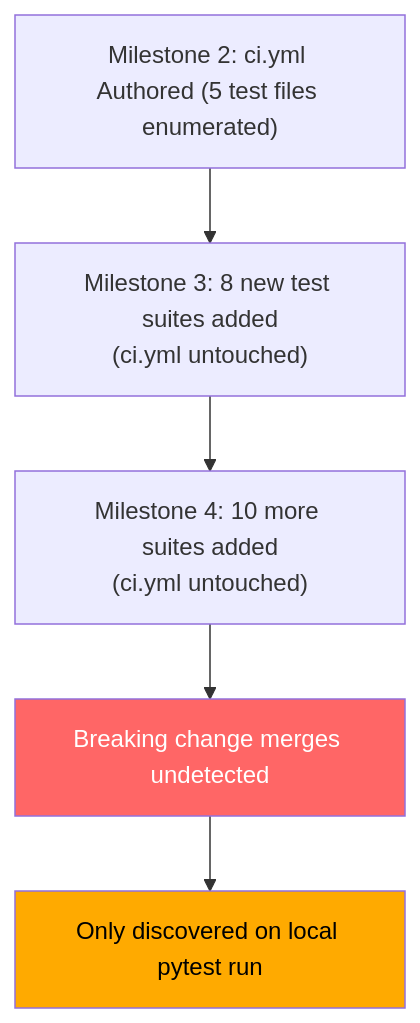
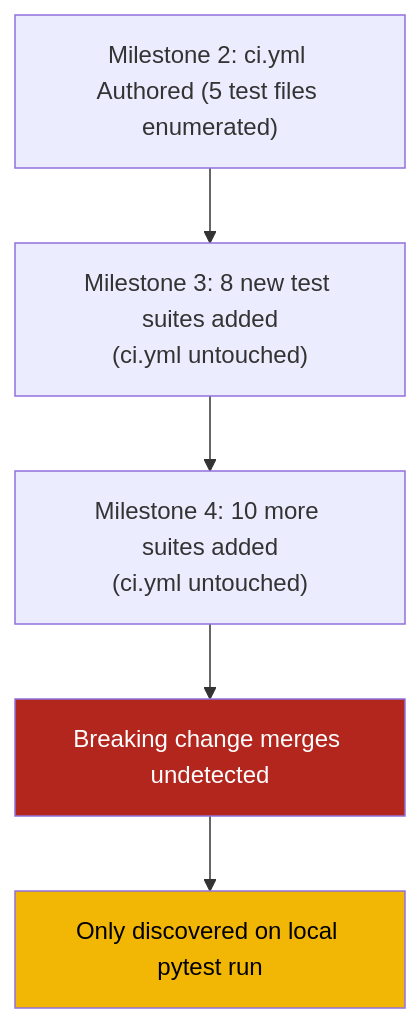
One commit to dan-petty/vibes changed the diagram in observations/devops-cli/16-ci-staleness-and-milestone-freeze-anti-pattern.md. Above: the diagram before and after it, drawn with Mermaid. The commit also changed 21 other files, not shown here.

````diff
--- a/observations/devops-cli/16-ci-staleness-and-milestone-freeze-anti-pattern.md
+++ b/observations/devops-cli/16-ci-staleness-and-milestone-freeze-anti-pattern.md
@@ -55,13 +55,13 @@
 ```mermaid
 flowchart TD
     M2["Milestone 2: ci.yml Authored (5 test files enumerated)"]
     M3["Milestone 3: 8 new test suites added\n(ci.yml untouched)"]
     M4["Milestone 4: 10 more suites added\n(ci.yml untouched)"]
     Break["Breaking change merges undetected"]
     Local["Only discovered on local pytest run"]
 
     M2 --> M3 --> M4 --> Break --> Local
 
-    style Break fill:#f66,color:#fff
-    style Local fill:#fa0,color:#000
+    style Break fill:#b3261e,color:#fff
+    style Local fill:#f2b705,color:#000
 ```
````
